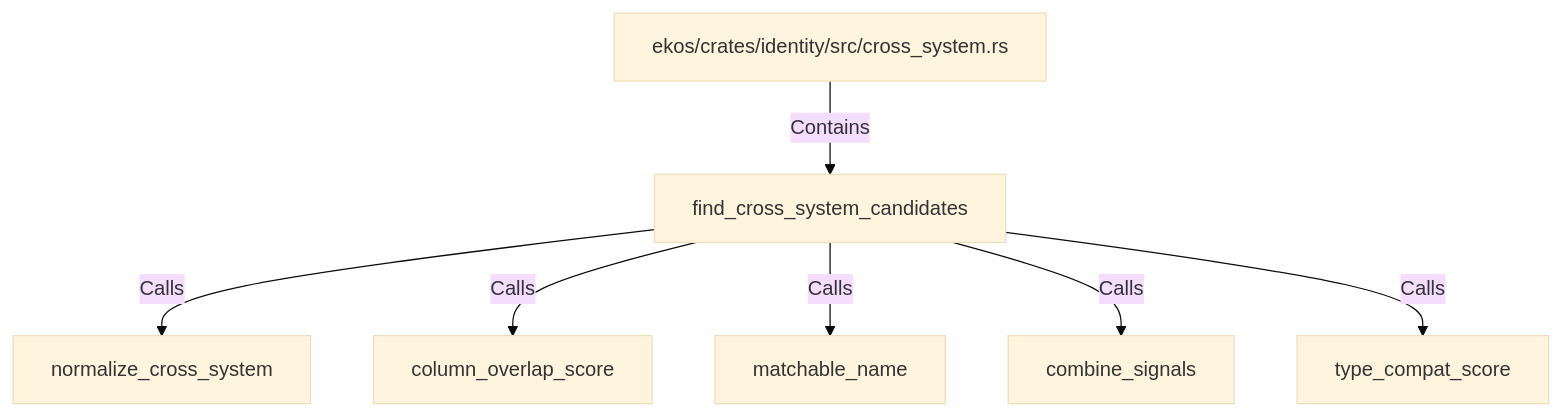
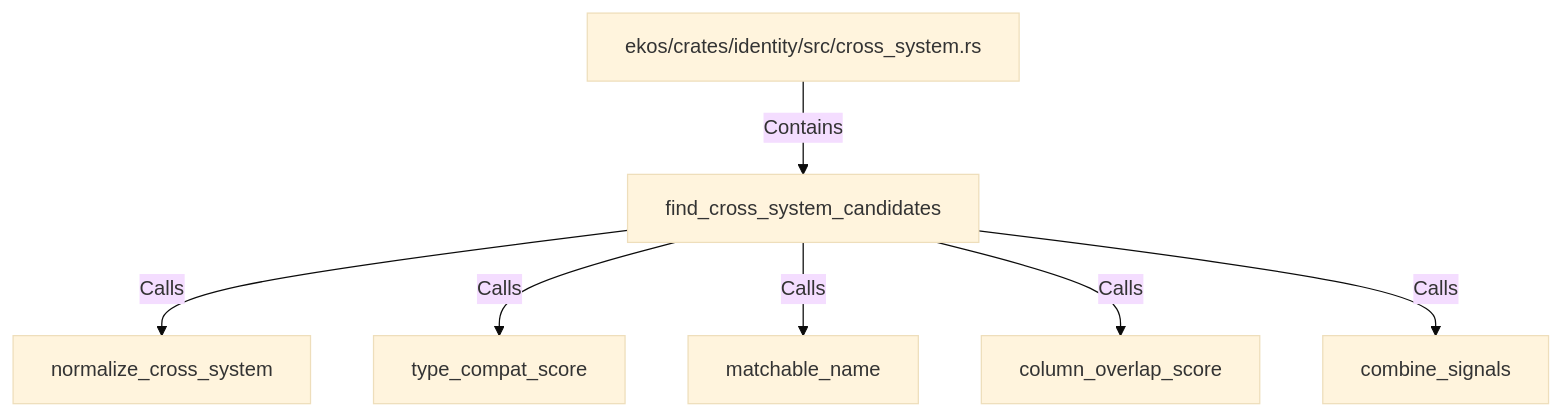
The diagram in doc/entities/rustsymbol/fi/find-cross-system-candidates.md (alexeyban/EKOS), drawn with Mermaid (base theme) before and after one commit. The commit also changed other lines of this file and 552 other files, not shown here.

````diff
--- a/doc/entities/rustsymbol/fi/find-cross-system-candidates.md
+++ b/doc/entities/rustsymbol/fi/find-cross-system-candidates.md
@@ -25,16 +25,16 @@
 ```mermaid
 graph TD
     n9dd46d310b3f54f29bc5f4deee8ca431["find_cross_system_candidates"]
     n44d130a8ca02506dbc1a21b037fb492c["ekos/crates/identity/src/cross_system.rs"]
     n44d130a8ca02506dbc1a21b037fb492c -->|Contains| n9dd46d310b3f54f29bc5f4deee8ca431
     n70e3e344be1f53b0b84ded93f29ff4e4["normalize_cross_system"]
     n9dd46d310b3f54f29bc5f4deee8ca431 -->|Calls| n70e3e344be1f53b0b84ded93f29ff4e4
+    n2057164104cb5dd0846a7cb921b2e2be["type_compat_score"]
+    n9dd46d310b3f54f29bc5f4deee8ca431 -->|Calls| n2057164104cb5dd0846a7cb921b2e2be
+    n890f9527fef55556bf1c41613f51627e["matchable_name"]
+    n9dd46d310b3f54f29bc5f4deee8ca431 -->|Calls| n890f9527fef55556bf1c41613f51627e
     n443f6bee357654369013bb79b5867fd2["column_overlap_score"]
     n9dd46d310b3f54f29bc5f4deee8ca431 -->|Calls| n443f6bee357654369013bb79b5867fd2
-    n890f9527fef55556bf1c41613f51627e["matchable_name"]
-    n9dd46d310b3f54f29bc5f4deee8ca431 -->|Calls| n890f9527fef55556bf1c41613f51627e
     n6522c3f25c8a5d3281c9b0e4f61a4750["combine_signals"]
     n9dd46d310b3f54f29bc5f4deee8ca431 -->|Calls| n6522c3f25c8a5d3281c9b0e4f61a4750
-    n2057164104cb5dd0846a7cb921b2e2be["type_compat_score"]
-    n9dd46d310b3f54f29bc5f4deee8ca431 -->|Calls| n2057164104cb5dd0846a7cb921b2e2be
 ```
````
